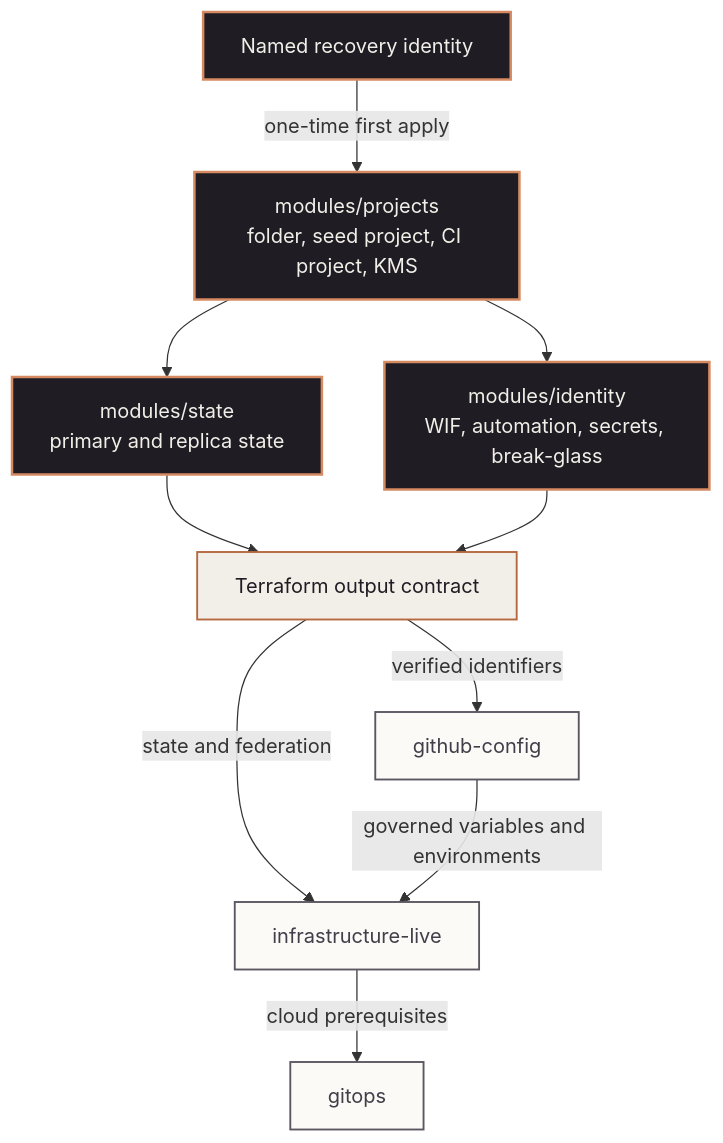
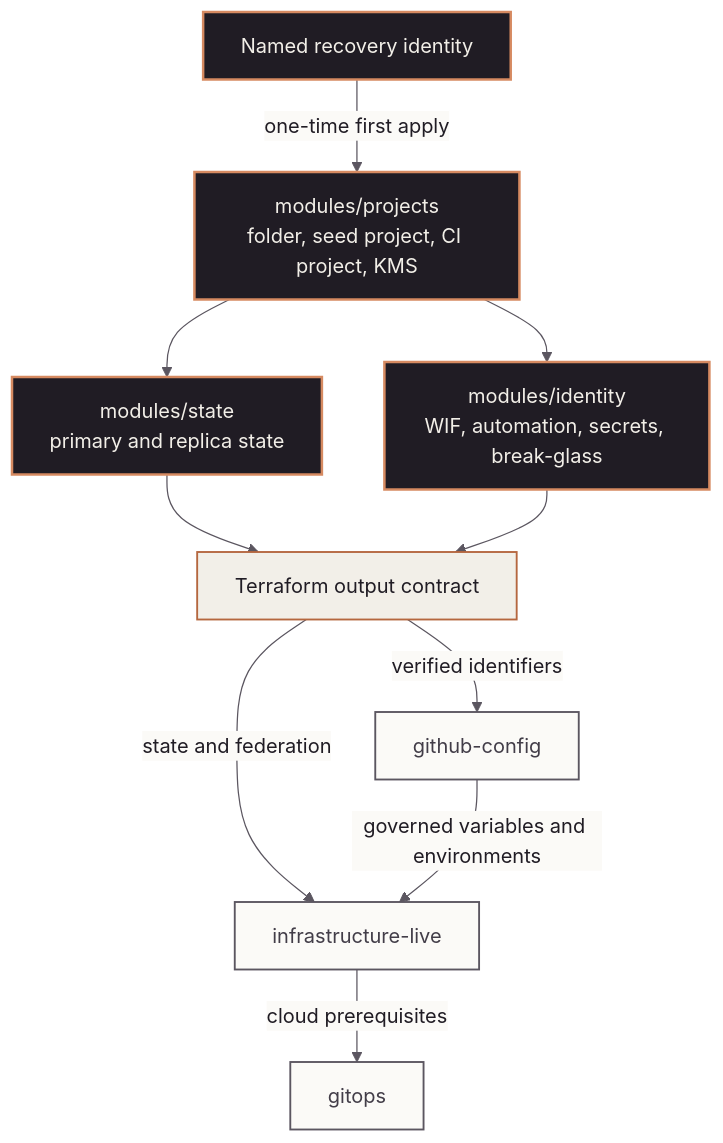
Before and after one commit to mindclade/bootstrap-old: the diagram in docs/architecture.md, drawn with Mermaid. The commit also changed other lines of this file and 23 other files, not shown here.

````diff
--- a/docs/architecture.md
+++ b/docs/architecture.md
@@ -51,28 +51,29 @@
 ```mermaid
+%%{init: {"theme":"base","themeVariables":{"primaryColor":"#F2EFE8","primaryTextColor":"#201C24","primaryBorderColor":"#B5673F","secondaryColor":"#FBFAF7","tertiaryColor":"#FBFAF7","lineColor":"#5B5660","edgeLabelBackground":"#FBFAF7","clusterBkg":"#FBFAF7","clusterBorder":"#E2DED4"}}}%%
 flowchart TD
     HR["Named recovery identity"]
     PR["modules/projects<br/>folder, seed project, CI project, KMS"]
     ST["modules/state<br/>primary and replica state"]
     ID["modules/identity<br/>WIF, automation, secrets, break-glass"]
     OUT["Terraform output contract"]
     GC["github-config"]
     IL["infrastructure-live"]
     GO["gitops"]
 
     HR -->|one-time first apply| PR
     PR --> ST
     PR --> ID
     ST --> OUT
     ID --> OUT
     OUT -->|verified identifiers| GC
     OUT -->|state and federation| IL
     GC -->|governed variables and environments| IL
     IL -->|cloud prerequisites| GO
 
     classDef ring0 fill:#201C24,color:#F2EFE8,stroke:#D68A61,stroke-width:2px;
     classDef contract fill:#F2EFE8,color:#201C24,stroke:#B5673F,stroke-width:1.5px;
     classDef downstream fill:#FBFAF7,color:#423D48,stroke:#5B5660,stroke-width:1.5px;
     class HR,PR,ST,ID ring0;
     class OUT contract;
     class GC,IL,GO downstream;
 ```
````
